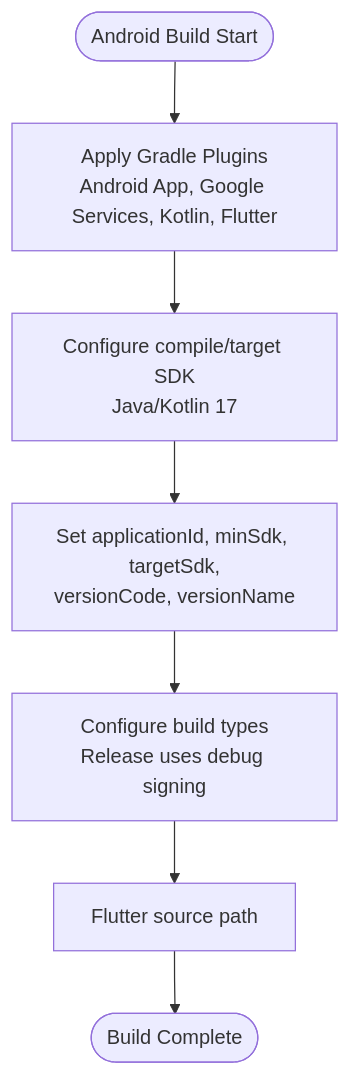
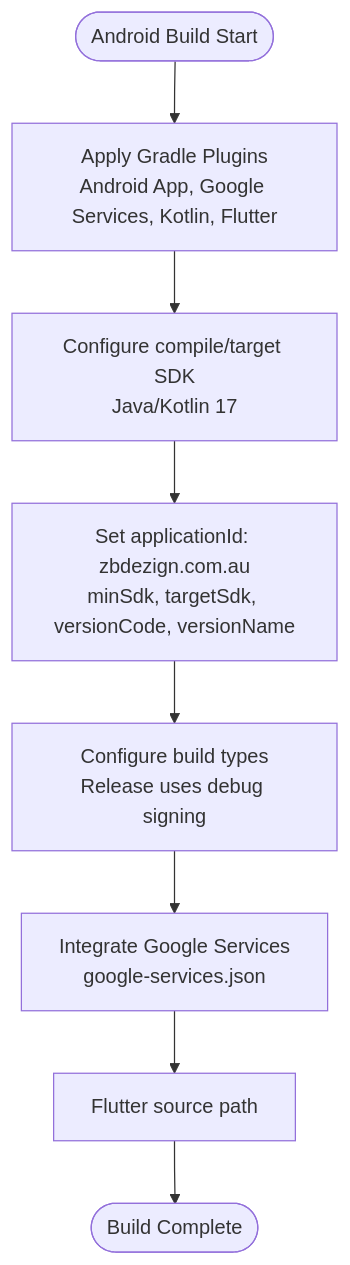
One commit to Ariful3111/FurniGo changed the third of 8 diagrams in .qoder/repowiki/en/content/Platform-Specific Implementation/Platform-Specific Implementation.md. Above: the diagram before and after it, drawn with Mermaid. The commit also changed other lines of this file and 12 other files, not shown here.

````diff
--- a/.qoder/repowiki/en/content/Platform-Specific Implementation/Platform-Specific Implementation.md
+++ b/.qoder/repowiki/en/content/Platform-Specific Implementation/Platform-Specific Implementation.md
@@ -148,9 +184,10 @@
 ```mermaid
 flowchart TD
 Start(["Android Build Start"]) --> ApplyPlugins["Apply Gradle Plugins<br/>Android App, Google Services, Kotlin, Flutter"]
 ApplyPlugins --> ConfigureSDK["Configure compile/target SDK<br/>Java/Kotlin 17"]
-ConfigureSDK --> DefaultConfig["Set applicationId, minSdk, targetSdk,<br/>versionCode, versionName"]
+ConfigureSDK --> DefaultConfig["Set applicationId: zbdezign.com.au<br/>minSdk, targetSdk, versionCode, versionName"]
 DefaultConfig --> BuildTypes["Configure build types<br/>Release uses debug signing"]
-BuildTypes --> FlutterSource["Flutter source path"]
+BuildTypes --> FirebaseConfig["Integrate Google Services<br/>google-services.json"]
+FirebaseConfig --> FlutterSource["Flutter source path"]
 FlutterSource --> End(["Build Complete"])
 ```
````
